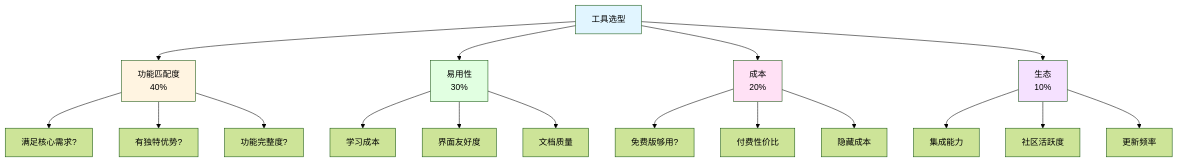
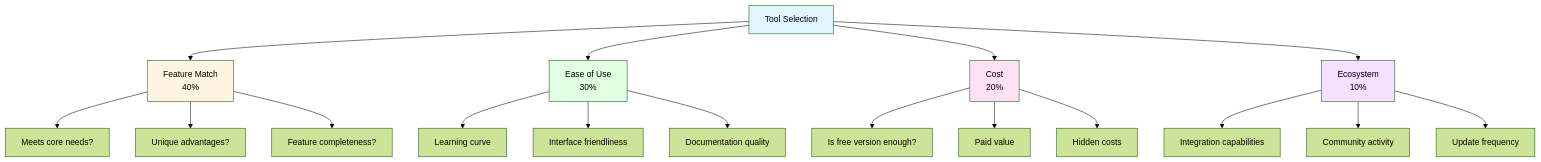
One commit to tianhongTina/ai-literacy-bootcamp changed the second of 3 diagrams in docs/lessons/lesson-6.md. Above: the diagram before and after it, drawn with Mermaid (forest theme). The commit also changed other lines of this file and 18 other files, not shown here.

````diff
--- a/docs/lessons/lesson-6.md
+++ b/docs/lessons/lesson-6.md
@@ -101,29 +101,29 @@
 ```mermaid
 graph TB
-    A[工具选型] --> B[功能匹配度<br/>40%]
-    A --> C[易用性<br/>30%]
-    A --> D[成本<br/>20%]
-    A --> E[生态<br/>10%]
+    A[Tool Selection] --> B[Feature Match<br/>40%]
+    A --> C[Ease of Use<br/>30%]
+    A --> D[Cost<br/>20%]
+    A --> E[Ecosystem<br/>10%]
     
-    B --> B1[满足核心需求?]
-    B --> B2[有独特优势?]
-    B --> B3[功能完整度?]
+    B --> B1[Meets core needs?]
+    B --> B2[Unique advantages?]
+    B --> B3[Feature completeness?]
     
-    C --> C1[学习成本]
-    C --> C2[界面友好度]
-    C --> C3[文档质量]
+    C --> C1[Learning curve]
+    C --> C2[Interface friendliness]
+    C --> C3[Documentation quality]
     
-    D --> D1[免费版够用?]
-    D --> D2[付费性价比]
-    D --> D3[隐藏成本]
+    D --> D1[Is free version enough?]
+    D --> D2[Paid value]
+    D --> D3[Hidden costs]
     
-    E --> E1[集成能力]
-    E --> E2[社区活跃度]
-    E --> E3[更新频率]
+    E --> E1[Integration capabilities]
+    E --> E2[Community activity]
+    E --> E3[Update frequency]
     
     style A fill:#e1f5ff
     style B fill:#fff4e1
     style C fill:#e1ffe1
     style D fill:#ffe1f5
     style E fill:#f5e1ff
 ```
````
